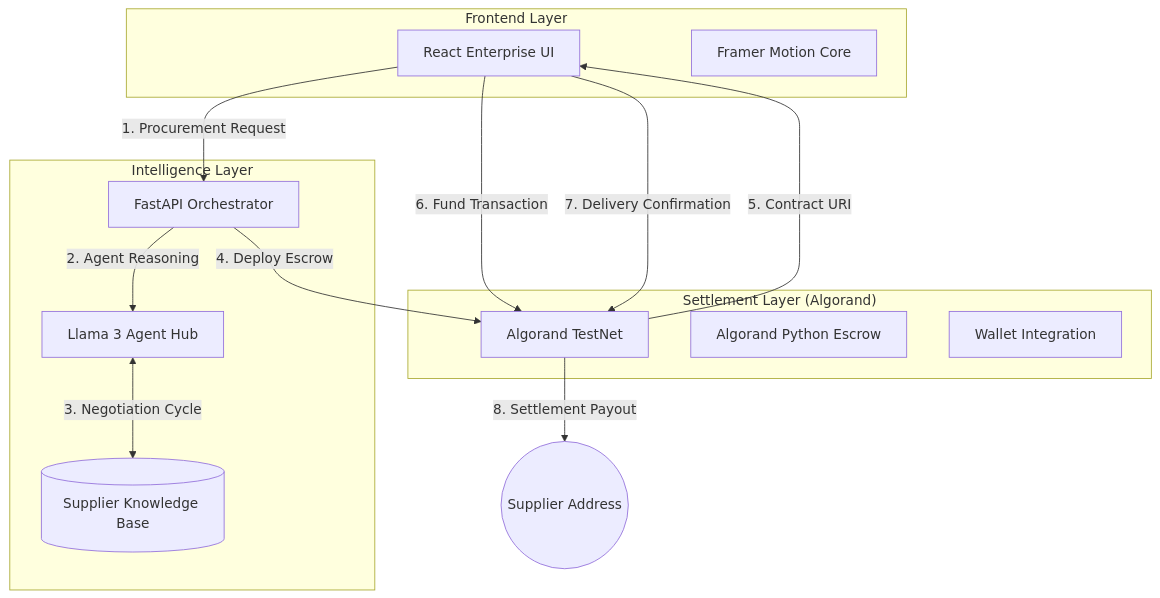
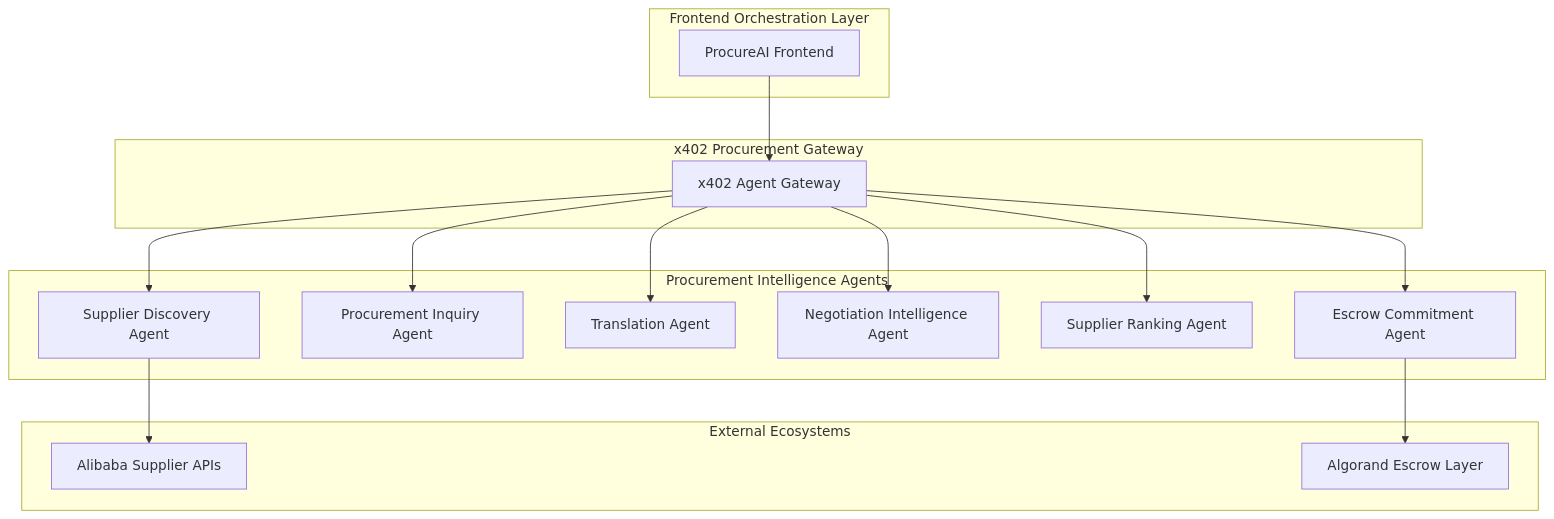
The diagram in README.md (VivekGoudAdula/Procure-AI), drawn with Mermaid before and after one commit. The commit also changed other lines of this file and 10 other files, not shown here.

````diff
--- a/README.md
+++ b/README.md
@@ -22,28 +55,36 @@
 ```mermaid
 graph TD
-    subgraph "Frontend Layer"
-        UI[React Enterprise UI]
-        ANIM[Framer Motion Core]
+
+    subgraph "Frontend Orchestration Layer"
+        UI[ProcureAI Frontend]
     end
 
-    subgraph "Intelligence Layer"
-        BE[FastAPI Orchestrator]
-        AI[Llama 3 Agent Hub]
-        DB[(Supplier Knowledge Base)]
+    subgraph "x402 Procurement Gateway"
+        GW[x402 Agent Gateway]
     end
 
-    subgraph "Settlement Layer (Algorand)"
-        ALGO[Algorand TestNet]
-        SC[Algorand Python Escrow]
-        PW[Wallet Integration]
+    subgraph "Procurement Intelligence Agents"
+        SDA[Supplier Discovery Agent]
+        PIA[Procurement Inquiry Agent]
+        TA[Translation Agent]
+        NIA[Negotiation Intelligence Agent]
+        SRA[Supplier Ranking Agent]
+        ECA[Escrow Commitment Agent]
     end
 
-    UI -->|1. Procurement Request| BE
-    BE -->|2. Agent Reasoning| AI
-    AI <-->|3. Negotiation Cycle| DB
-    BE -->|4. Deploy Escrow| ALGO
-    ALGO -->|5. Contract URI| UI
-    UI -->|6. Fund Transaction| ALGO
-    UI -->|7. Delivery Confirmation| ALGO
-    ALGO -->|8. Settlement Payout| S((Supplier Address))
+    subgraph "External Ecosystems"
+        ALI[Alibaba Supplier APIs]
+        ALGO[Algorand Escrow Layer]
+    end
+
+    UI --> GW
+    GW --> SDA
+    GW --> PIA
+    GW --> TA
+    GW --> NIA
+    GW --> SRA
+    GW --> ECA
+
+    SDA --> ALI
+    ECA --> ALGO
 ```
````
